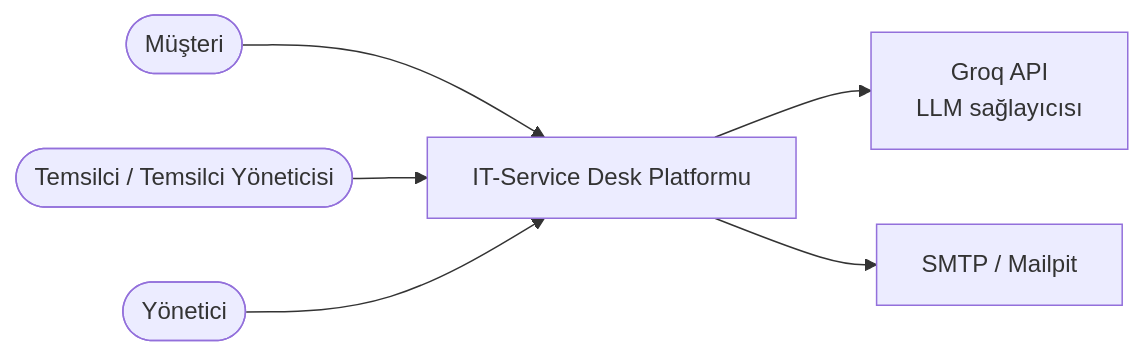
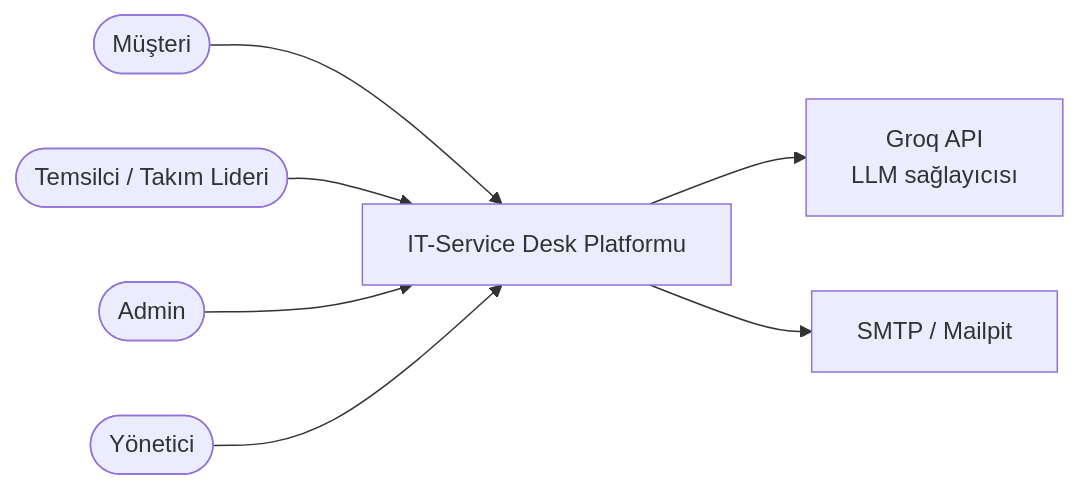
Before and after one commit to UKBey/TicketSystem: the first of 6 diagrams in docs/ARCHITECTURE.tr.md, drawn with Mermaid. The commit also changed other lines of this file and 7 other files, not shown here.

Commit message:
docs(rbac): migrate all docs to the multi-role model (customer/agent/lead_agent/admin/manager)

````diff
--- a/docs/ARCHITECTURE.tr.md
+++ b/docs/ARCHITECTURE.tr.md
@@ -36,17 +36,19 @@
 ```mermaid
 flowchart LR
     customer([Müşteri])
-    agent([Temsilci / Temsilci Yöneticisi])
+    agent([Temsilci / Takım Lideri])
+    admin([Admin])
     manager([Yönetici])
 
     system[IT-Service Desk Platformu]
 
     groq[Groq API<br/>LLM sağlayıcısı]
     smtp[SMTP / Mailpit]
 
     customer --> system
     agent --> system
+    admin --> system
     manager --> system
     system --> groq
     system --> smtp
 ```
````
